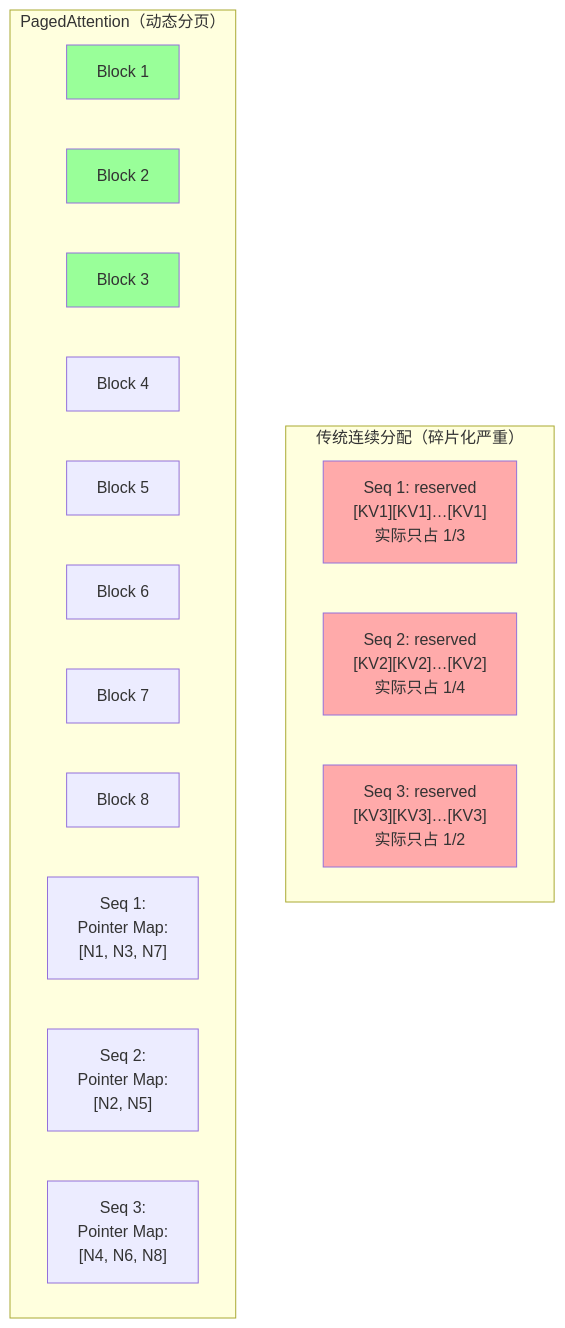
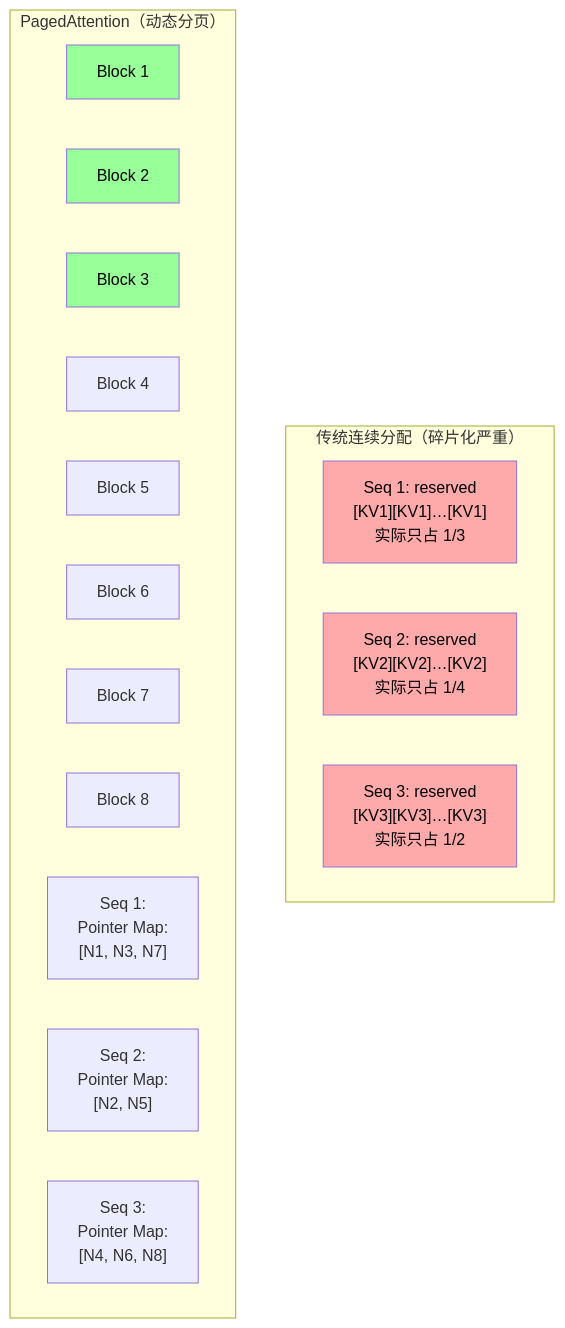
Before and after one commit to lkad/lkad.github.io: the first of 2 diagrams in _posts/2026-09-18-ai-infra-07-vllm-pagedattention.md, drawn with Mermaid. The commit also changed other lines of this file and 13 other files, not shown here.

First line of the commit message:
refactor(mermaid): switch to Chirpy's built-in mermaid pipeline

````diff
--- a/_posts/2026-09-18-ai-infra-07-vllm-pagedattention.md
+++ b/_posts/2026-09-18-ai-infra-07-vllm-pagedattention.md
@@ -42,30 +43,30 @@
 ```mermaid
 flowchart TB
     subgraph Old["传统连续分配（碎片化严重）"]
         O1["Seq 1: reserved<br/>[KV1][KV1]…[KV1]<br/>实际只占 1/3"]
         O2["Seq 2: reserved<br/>[KV2][KV2]…[KV2]<br/>实际只占 1/4"]
         O3["Seq 3: reserved<br/>[KV3][KV3]…[KV3]<br/>实际只占 1/2"]
     end
 
     subgraph New["PagedAttention（动态分页）"]
         N1[Block 1]
         N2[Block 2]
         N3[Block 3]
         N4[Block 4]
         N5[Block 5]
         N6[Block 6]
         N7[Block 7]
         N8[Block 8]
 
         P1["Seq 1:<br/>Pointer Map:<br/>[N1, N3, N7]"]
         P2["Seq 2:<br/>Pointer Map:<br/>[N2, N5]"]
         P3["Seq 3:<br/>Pointer Map:<br/>[N4, N6, N8]"]
     end
 
-    style O1 fill:#faa
-    style O2 fill:#faa
-    style O3 fill:#faa
-    style N1 fill:#9f9
-    style N2 fill:#9f9
-    style N3 fill:#9f9
+    style O1 fill:#faa,color:#000
+    style O2 fill:#faa,color:#000
+    style O3 fill:#faa,color:#000
+    style N1 fill:#9f9,color:#000
+    style N2 fill:#9f9,color:#000
+    style N3 fill:#9f9,color:#000
 ```
````
